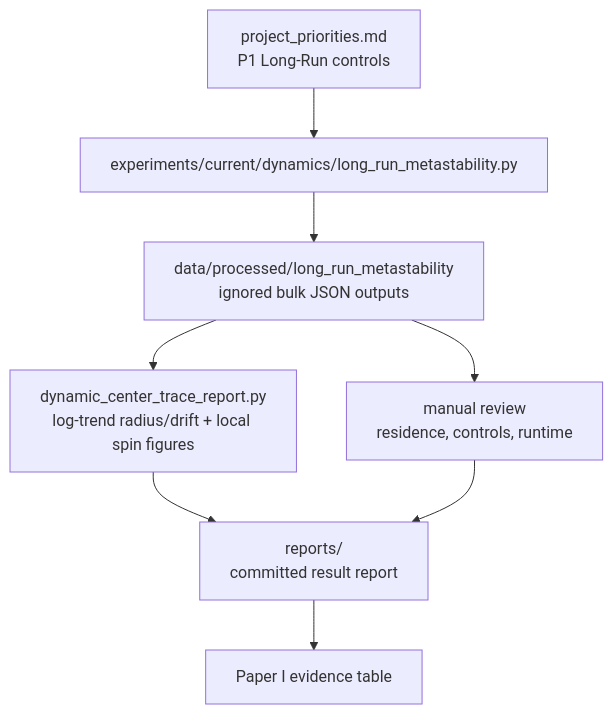
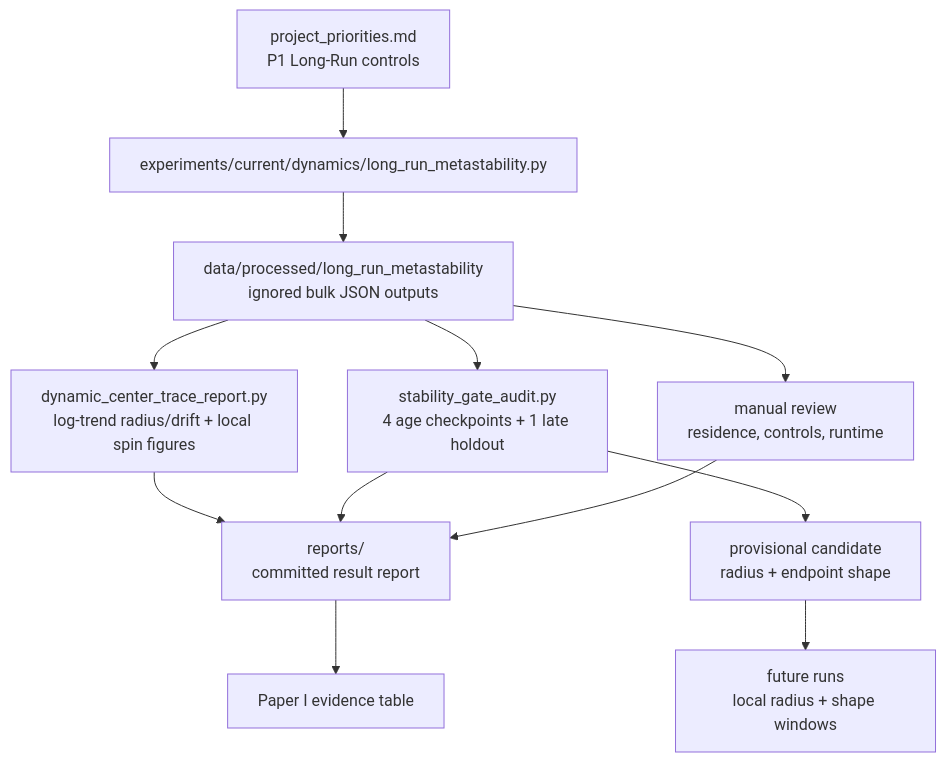
Before and after one commit to MemoryDynamics/Knoten: the fifth of 6 diagrams in docs/reference/repository_map.md, drawn with Mermaid. The commit also changed other lines of this file and 16 other files, not shown here.

````diff
--- a/docs/reference/repository_map.md
+++ b/docs/reference/repository_map.md
@@ -217,10 +219,14 @@
 ```mermaid
 flowchart TD
     plan["project_priorities.md<br/>P1 Long-Run controls"] --> runner["experiments/current/dynamics/long_run_metastability.py"]
     runner --> local["data/processed/long_run_metastability<br/>ignored bulk JSON outputs"]
     local --> trace_review["dynamic_center_trace_report.py<br/>log-trend radius/drift + local spin figures"]
+    local --> stability_gate["stability_gate_audit.py<br/>4 age checkpoints + 1 late holdout"]
+    stability_gate --> candidate["provisional candidate<br/>radius + endpoint shape"]
+    candidate --> future["future runs<br/>local radius + shape windows"]
     local --> review["manual review<br/>residence, controls, runtime"]
     trace_review --> report["reports/<br/>committed result report"]
+    stability_gate --> report
     review --> report["reports/<br/>committed result report"]
     report --> paper1["Paper I evidence table"]
 ```
````
